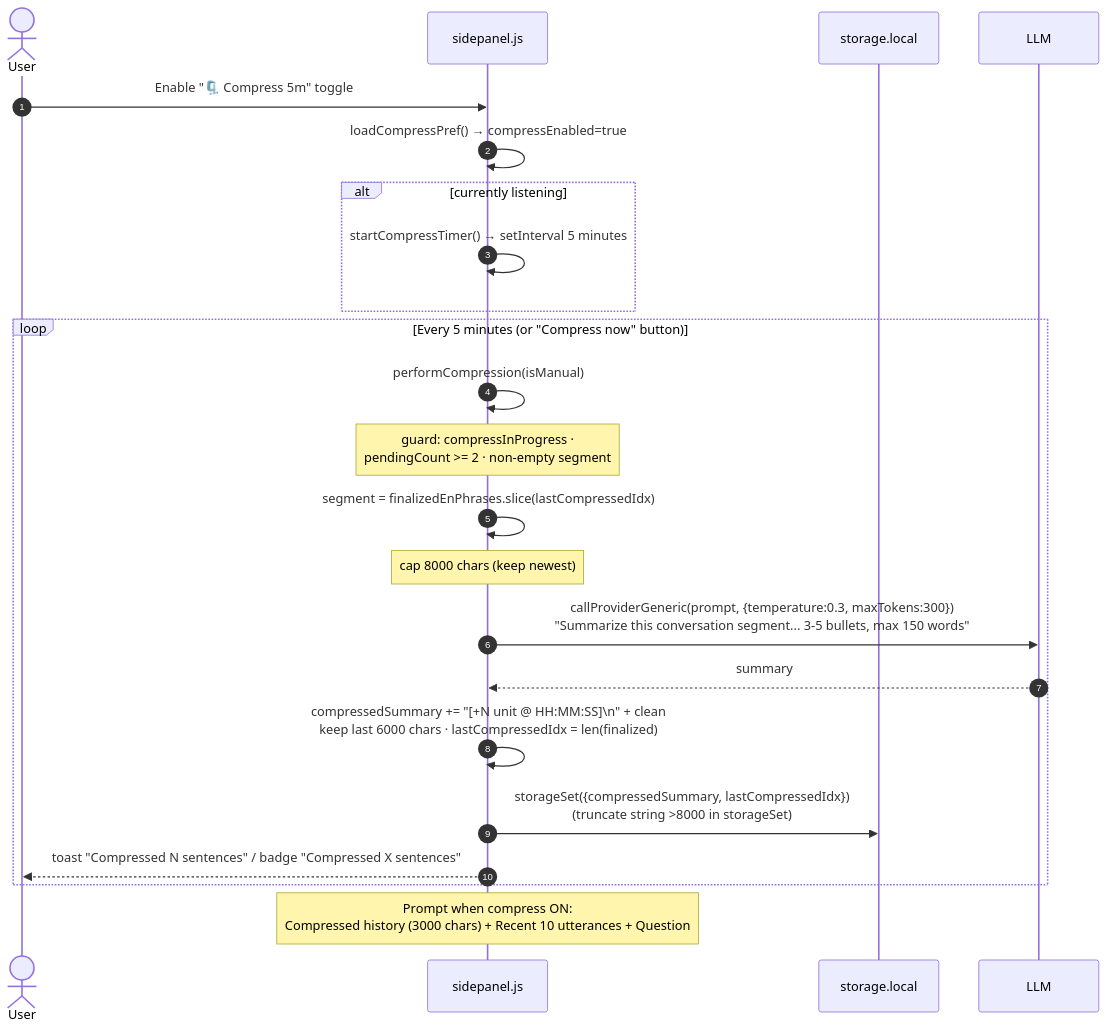
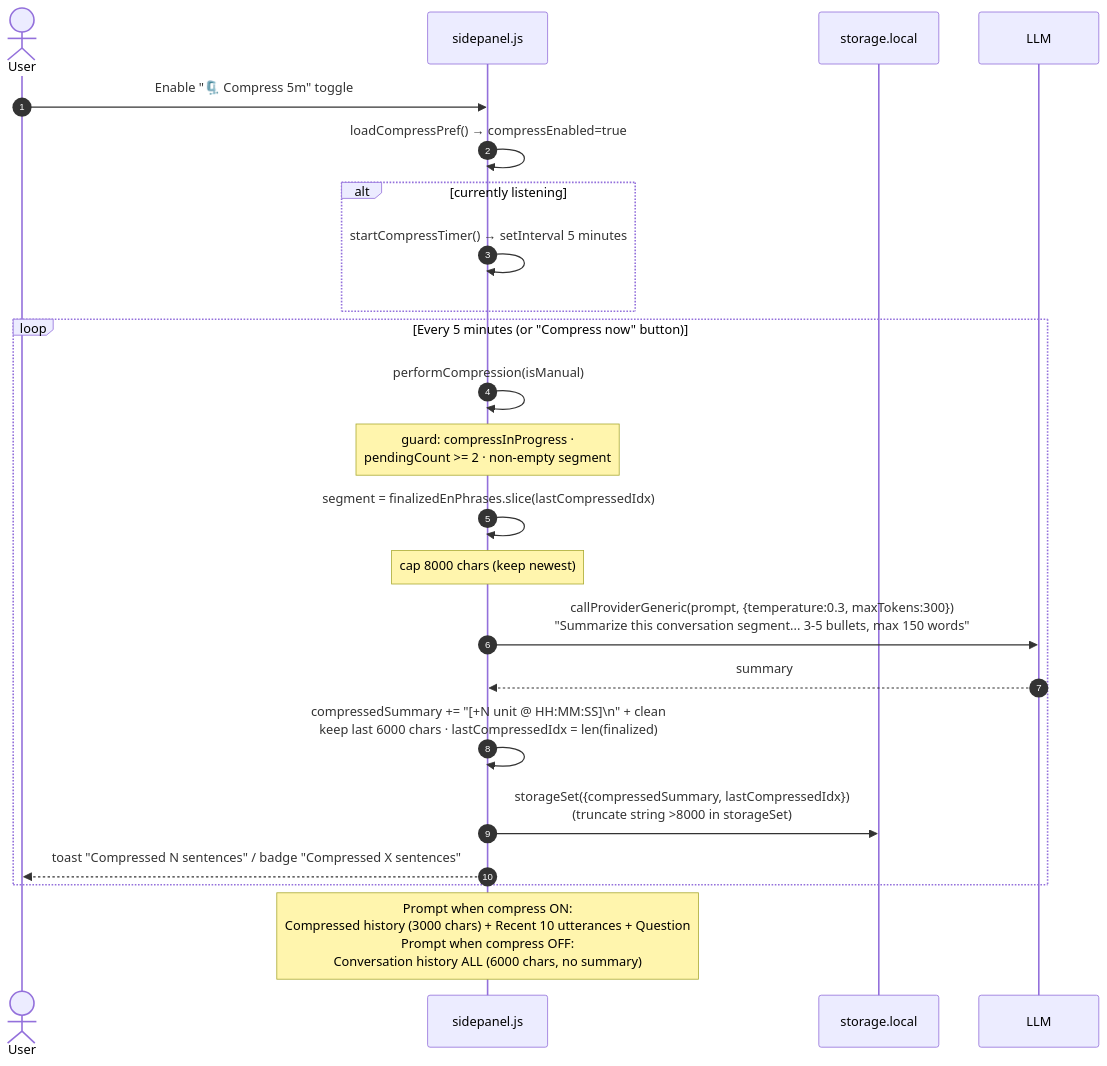
One commit to nbhson/app-live-translate-extension changed the sixth of 9 diagrams in README.md. Above: the diagram before and after it, drawn with Mermaid. The commit also changed other lines of this file and 5 other files, not shown here.

First line of the commit message:
feat: suggest without compress uses ALL history (6000c budget)

````diff
--- a/README.md
+++ b/README.md
@@ -266,27 +266,27 @@
 ```mermaid
 sequenceDiagram
     autonumber
     actor U as User
     participant UI as sidepanel.js
     participant ST as storage.local
 
     U->>UI: Enable "🗜️ Compress 5m" toggle
     UI->>UI: loadCompressPref() → compressEnabled=true
     alt currently listening
         UI->>UI: startCompressTimer() → setInterval 5 minutes
     end
 
     loop Every 5 minutes (or "Compress now" button)
         UI->>UI: performCompression(isManual)
         Note over UI: guard: compressInProgress ·<br/>pendingCount >= 2 · non-empty segment
         UI->>UI: segment = finalizedEnPhrases.slice(lastCompressedIdx)
         Note over UI: cap 8000 chars (keep newest)
         UI->>LLM: callProviderGeneric(prompt, {temperature:0.3, maxTokens:300})<br/>"Summarize this conversation segment... 3-5 bullets, max 150 words"
         LLM-->>UI: summary
         UI->>UI: compressedSummary += "[+N unit @ HH:MM:SS]\n" + clean<br/>keep last 6000 chars · lastCompressedIdx = len(finalized)
         UI->>ST: storageSet({compressedSummary, lastCompressedIdx})<br/>(truncate string >8000 in storageSet)
         UI-->>U: toast "Compressed N sentences" / badge "Compressed X sentences"
     end
 
-    Note over UI: Prompt when compress ON:<br/>Compressed history (3000 chars) + Recent 10 utterances + Question
+    Note over UI: Prompt when compress ON:<br/>Compressed history (3000 chars) + Recent 10 utterances + Question<br/>Prompt when compress OFF:<br/>Conversation history ALL (6000 chars, no summary)
 ```
````
